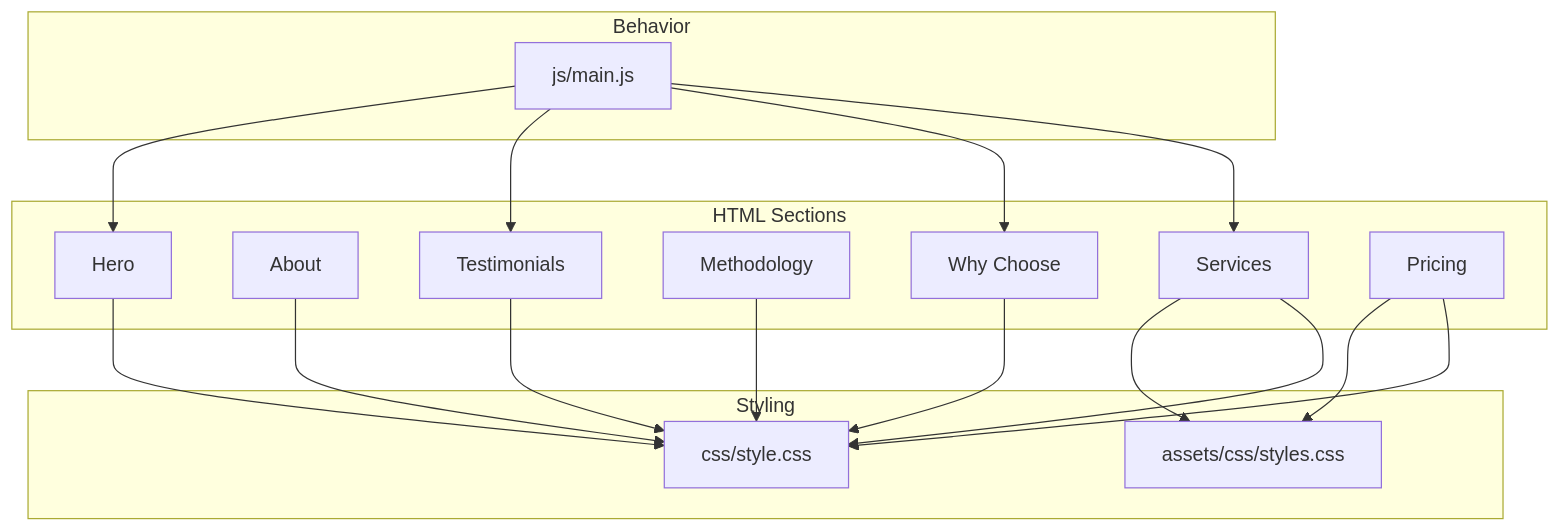
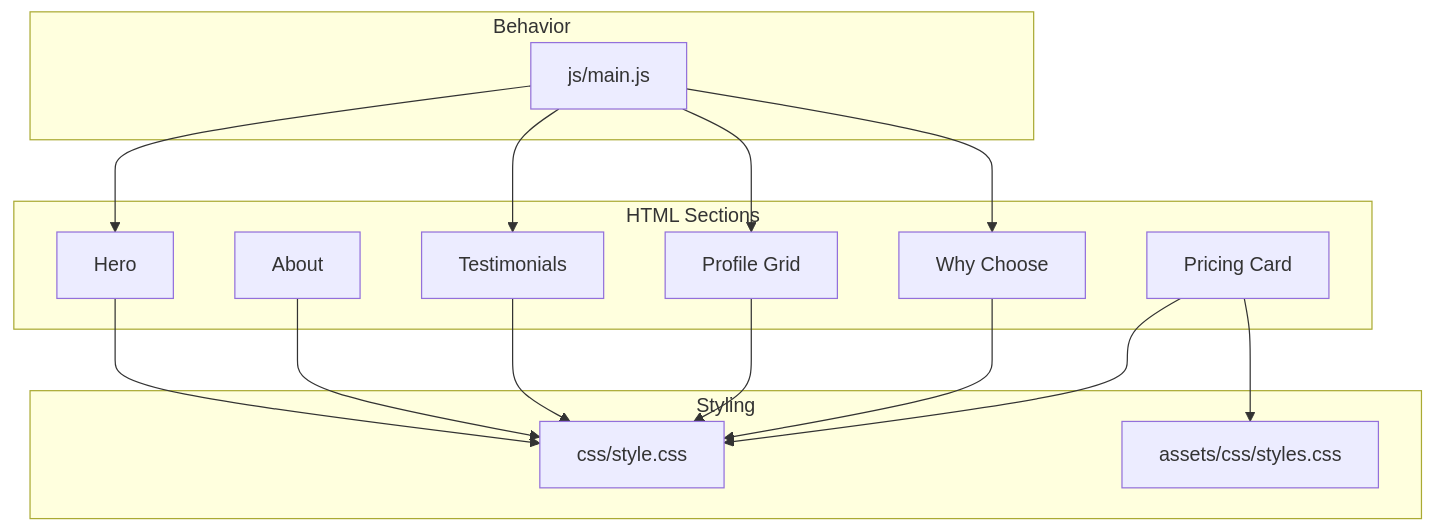
The third of 7 diagrams in .qoder/repowiki/en/content/Core Features/Service Showcase/Service Showcase.md (lynchip/graduates), drawn with Mermaid before and after one commit. The commit also changed other lines of this file and 12 other files, not shown here.

````diff
--- a/.qoder/repowiki/en/content/Core Features/Service Showcase/Service Showcase.md
+++ b/.qoder/repowiki/en/content/Core Features/Service Showcase/Service Showcase.md
@@ -231,32 +227,29 @@
 ```mermaid
 graph TB
 subgraph "HTML Sections"
 H["Hero"]
 A["About"]
-S["Services"]
-M["Methodology"]
+T["Testimonials"]
+P["Profile Grid"]
 R["Why Choose"]
-T["Testimonials"]
-P["Pricing"]
+PC["Pricing Card"]
 end
 subgraph "Styling"
 SCSS["css/style.css"]
 ASCSS["assets/css/styles.css"]
 end
 subgraph "Behavior"
 J["js/main.js"]
 end
 H --> SCSS
 A --> SCSS
-S --> SCSS
-S --> ASCSS
-M --> SCSS
-R --> SCSS
 T --> SCSS
 P --> SCSS
-P --> ASCSS
-J --> S
+R --> SCSS
+PC --> SCSS
+PC --> ASCSS
+J --> P
 J --> R
 J --> T
 J --> H
 ```
````
